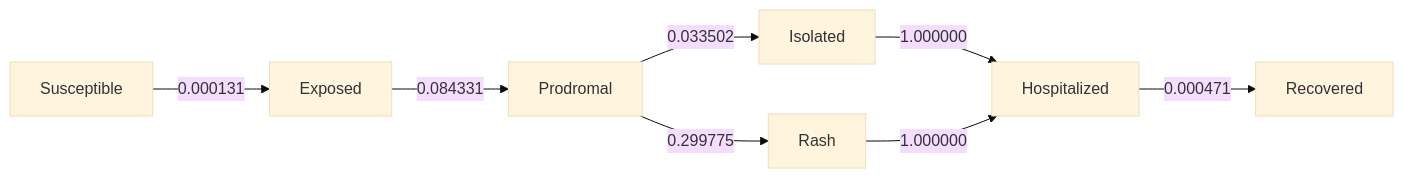
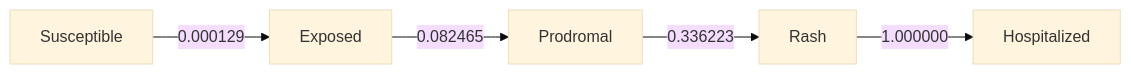
Before and after one commit to EpiForeSITE/epiworld-measles: the diagram in school_quarantine/new_bridge_88.md, drawn with Mermaid (base theme). The commit also changed other lines of this file and 6 other files, not shown here.

````diff
--- a/school_quarantine/new_bridge_88.md
+++ b/school_quarantine/new_bridge_88.md
@@ -134,18 +135,13 @@
 ``` mermaid
 flowchart LR
     s0[Exposed]
     s1[Hospitalized]
-    s2[Isolated]
-    s3[Prodromal]
-    s4[Rash]
-    s5[Recovered]
-    s6[Susceptible]
-    s0 -->|0.084331| s3
-    s1 -->|0.000471| s5
-    s2 -->|1.000000| s1
-    s3 -->|0.033502| s2
-    s3 -->|0.299775| s4
-    s4 -->|1.000000| s1
-    s6 -->|0.000131| s0
+    s2[Prodromal]
+    s3[Rash]
+    s4[Susceptible]
+    s0 -->|0.082465| s2
+    s2 -->|0.336223| s3
+    s3 -->|1.000000| s1
+    s4 -->|0.000129| s0
 
 ```
````
